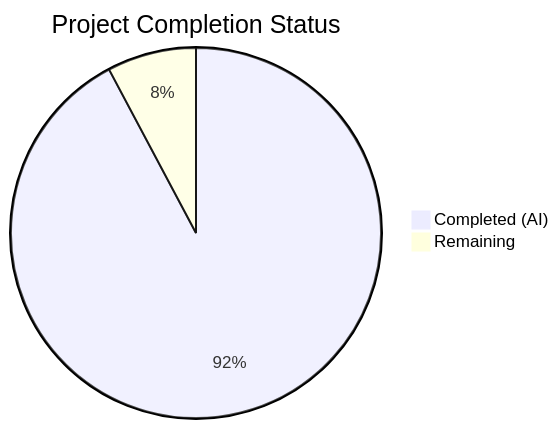
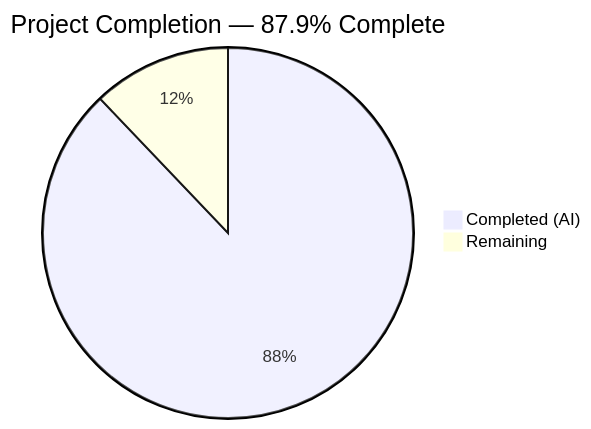
The first of 2 diagrams in blitzy/documentation/Project Guide.md (gophc/blitzy-c-compiler), drawn with Mermaid before and after one commit. The commit also changed other lines of this file, not shown here.

Commit message:
Adding Blitzy Project Guide: Project Status and Human Tasks Remaining

````diff
--- a/blitzy/documentation/Project Guide.md
+++ b/blitzy/documentation/Project Guide.md
@@ -17,5 +13,5 @@
 ```mermaid
-pie title Project Completion Status
-    "Completed (AI)" : 664
-    "Remaining" : 56
+pie title Project Completion — 87.9% Complete
+    "Completed (AI)" : 624
+    "Remaining" : 86
 ```
````
